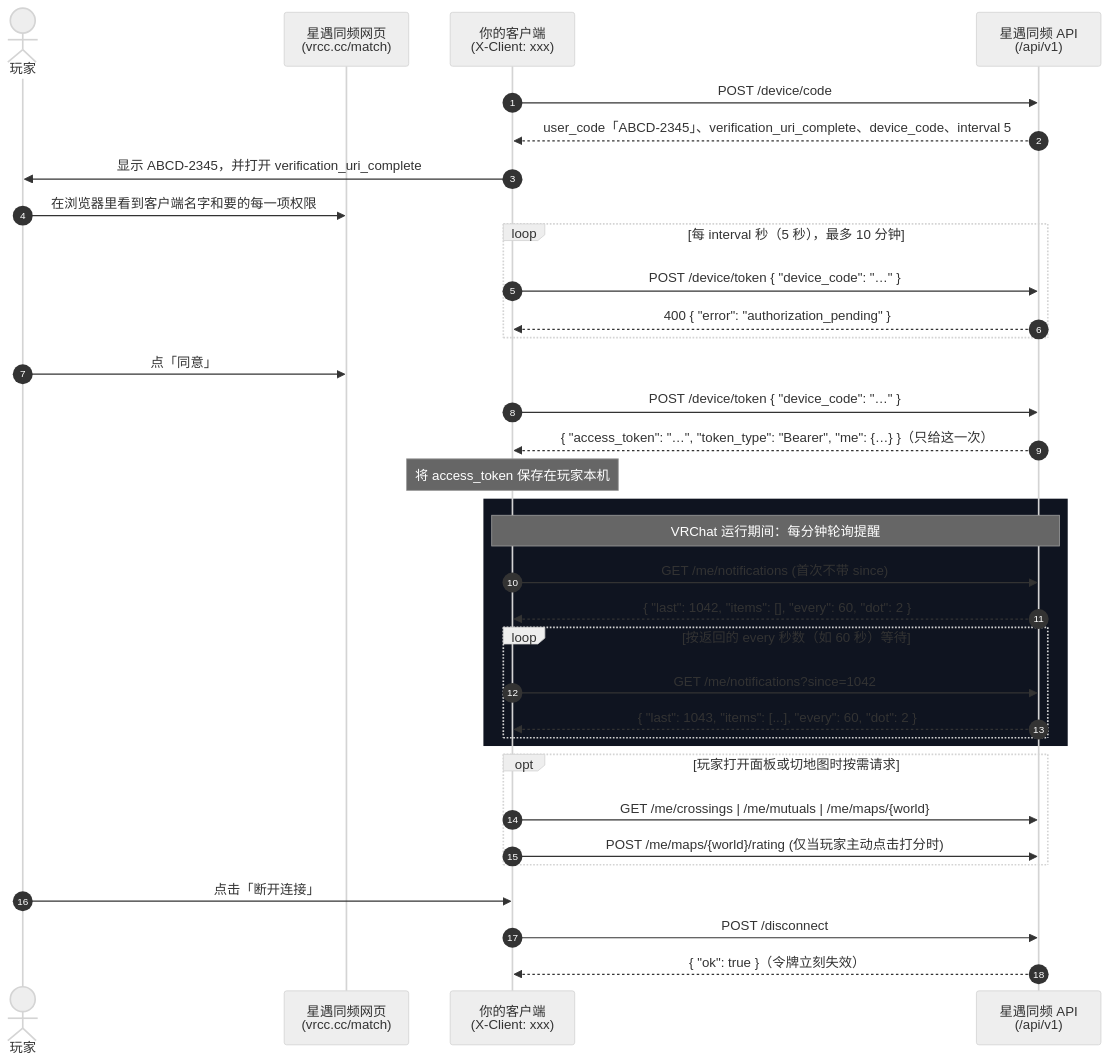
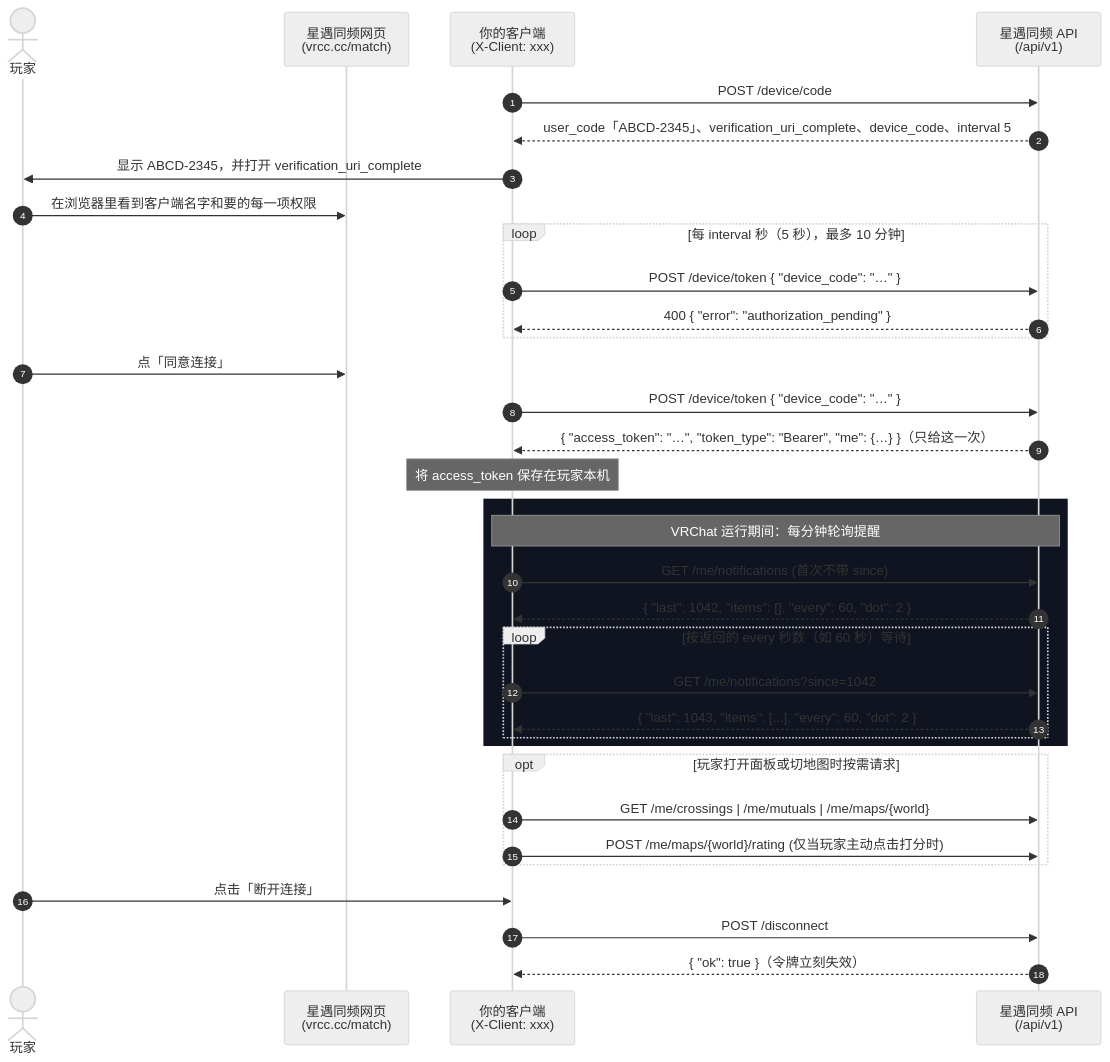
One commit to Duogeyu/xingyu-tongpin-api changed the diagram in README.md. Above: the diagram before and after it, drawn with Mermaid (neutral theme). The commit also changed other lines of this file and 2 other files, not shown here.

````diff
--- a/README.md
+++ b/README.md
@@ -136,40 +136,40 @@
 ```mermaid
 sequenceDiagram
     autonumber
     actor Player as 玩家
     participant Web as 星遇同频网页<br/>(vrcc.cc/match)
     participant App as 你的客户端<br/>(X-Client: xxx)
     participant API as 星遇同频 API<br/>(/api/v1)
 
     App->>API: POST /device/code
     API-->>App: user_code「ABCD-2345」、verification_uri_complete、device_code、interval 5
     App->>Player: 显示 ABCD-2345，并打开 verification_uri_complete
     Player->>Web: 在浏览器里看到客户端名字和要的每一项权限
     loop 每 interval 秒（5 秒），最多 10 分钟
         App->>API: POST /device/token { "device_code": "…" }
         API-->>App: 400 { "error": "authorization_pending" }
     end
-    Player->>Web: 点「同意」
+    Player->>Web: 点「同意连接」
     App->>API: POST /device/token { "device_code": "…" }
     API-->>App: { "access_token": "…", "token_type": "Bearer", "me": {…} }（只给这一次）
     Note over App: 将 access_token 保存在玩家本机
 
     rect rgb(15, 20, 32)
         Note over App,API: VRChat 运行期间：每分钟轮询提醒
         App->>API: GET /me/notifications (首次不带 since)
         API-->>App: { "last": 1042, "items": [], "every": 60, "dot": 2 }
         loop 按返回的 every 秒数（如 60 秒）等待
             App->>API: GET /me/notifications?since=1042
             API-->>App: { "last": 1043, "items": [...], "every": 60, "dot": 2 }
         end
     end
 
     opt 玩家打开面板或切地图时按需请求
         App->>API: GET /me/crossings | /me/mutuals | /me/maps/{world}
         App->>API: POST /me/maps/{world}/rating (仅当玩家主动点击打分时)
     end
 
     Player->>App: 点击「断开连接」
     App->>API: POST /disconnect
     API-->>App: { "ok": true }（令牌立刻失效）
 ```
````
